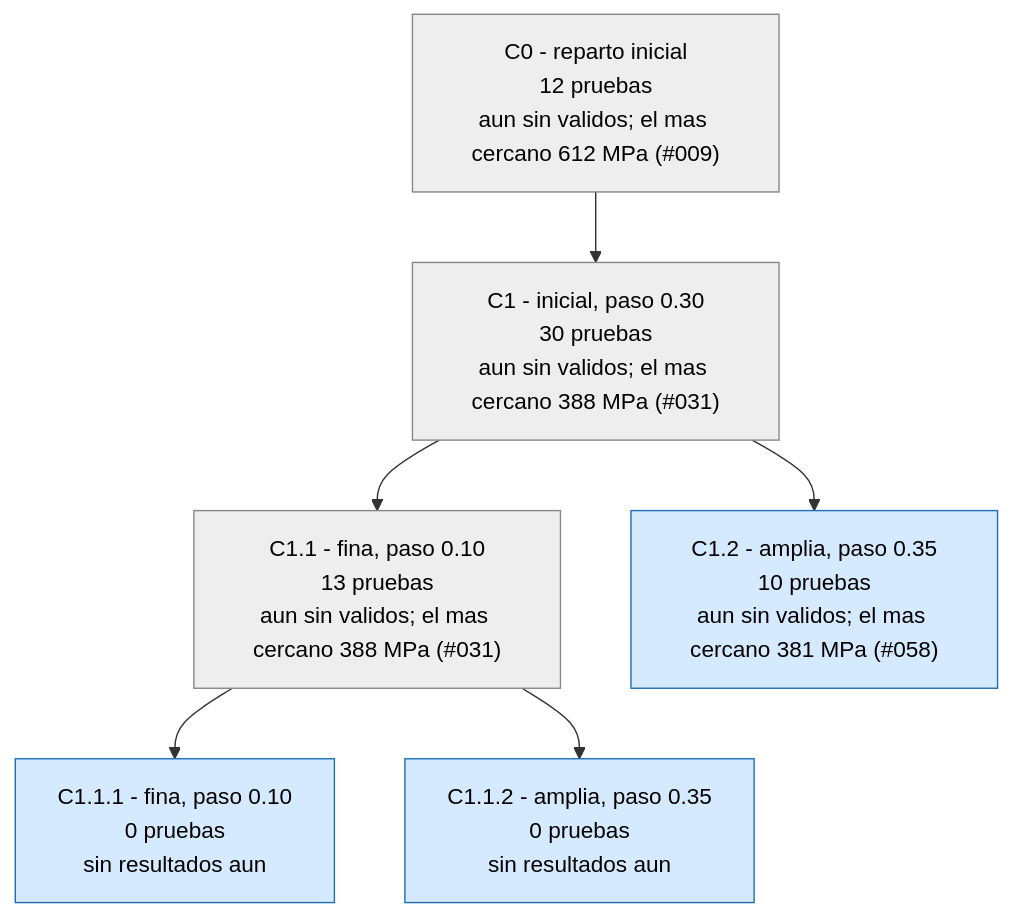
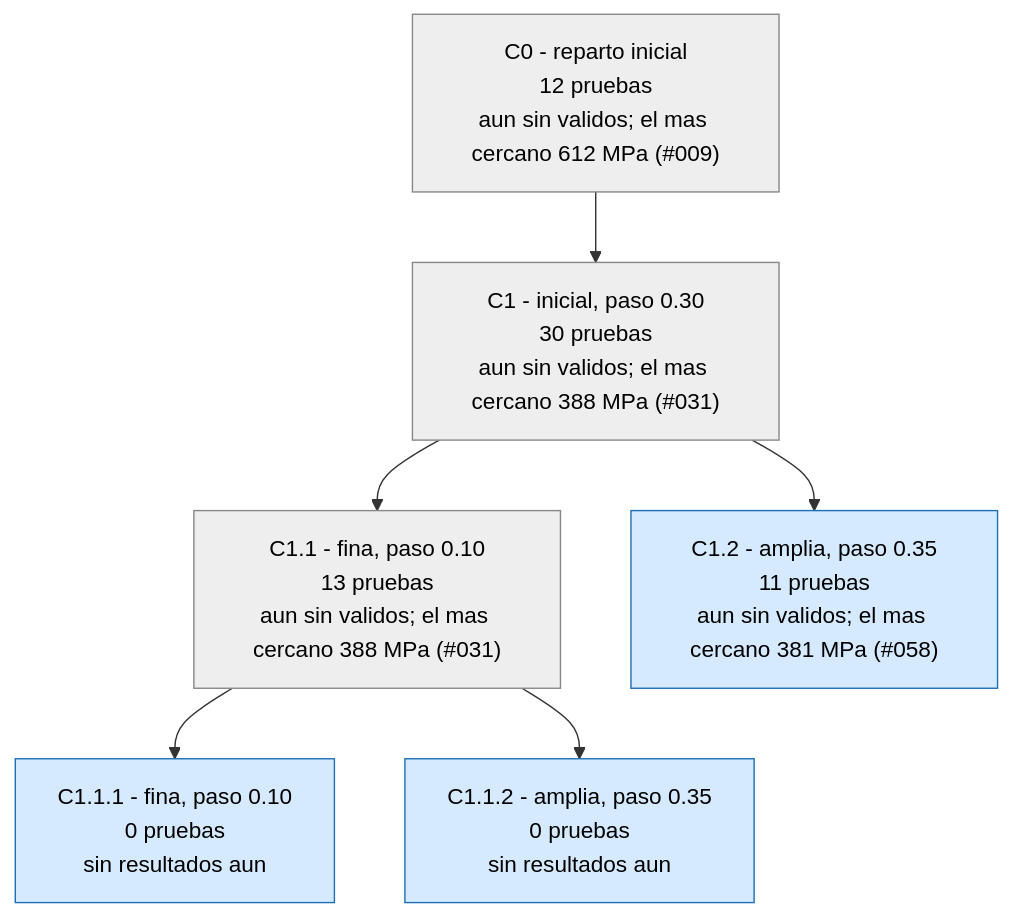
One commit to Hugiko/msd-soporte-optimizacion changed the third of 3 diagrams in runs/opt_37800N/ARBOL.md. Above: the diagram before and after it, drawn with Mermaid. The commit also changed 14 other files, not shown here.

````diff
--- a/runs/opt_37800N/ARBOL.md
+++ b/runs/opt_37800N/ARBOL.md
@@ -71,17 +71,17 @@
 ```mermaid
 graph TD
 classDef activa fill:#d6eaff,stroke:#1f6fb5,color:#000
 classDef fin fill:#eeeeee,stroke:#888,color:#000
 classDef mejor fill:#c8f0c0,stroke:#1a9850,stroke-width:4px,color:#000
 C0["C0 - reparto inicial<br/>12 pruebas<br/>aun sin validos; el mas cercano 612 MPa (#009)"]:::fin
 C1["C1 - inicial, paso 0.30<br/>30 pruebas<br/>aun sin validos; el mas cercano 388 MPa (#031)"]:::fin
 C0 --> C1
 C1_1["C1.1 - fina, paso 0.10<br/>13 pruebas<br/>aun sin validos; el mas cercano 388 MPa (#031)"]:::fin
 C1 --> C1_1
-C1_2["C1.2 - amplia, paso 0.35<br/>10 pruebas<br/>aun sin validos; el mas cercano 381 MPa (#058)"]:::activa
+C1_2["C1.2 - amplia, paso 0.35<br/>11 pruebas<br/>aun sin validos; el mas cercano 381 MPa (#058)"]:::activa
 C1 --> C1_2
 C1_1_1["C1.1.1 - fina, paso 0.10<br/>0 pruebas<br/>sin resultados aun"]:::activa
 C1_1 --> C1_1_1
 C1_1_2["C1.1.2 - amplia, paso 0.35<br/>0 pruebas<br/>sin resultados aun"]:::activa
 C1_1 --> C1_1_2
 ```
````
